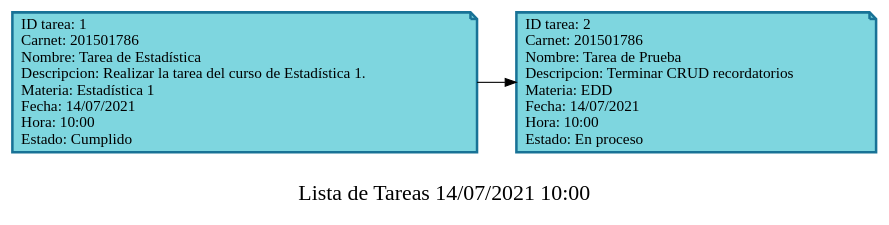
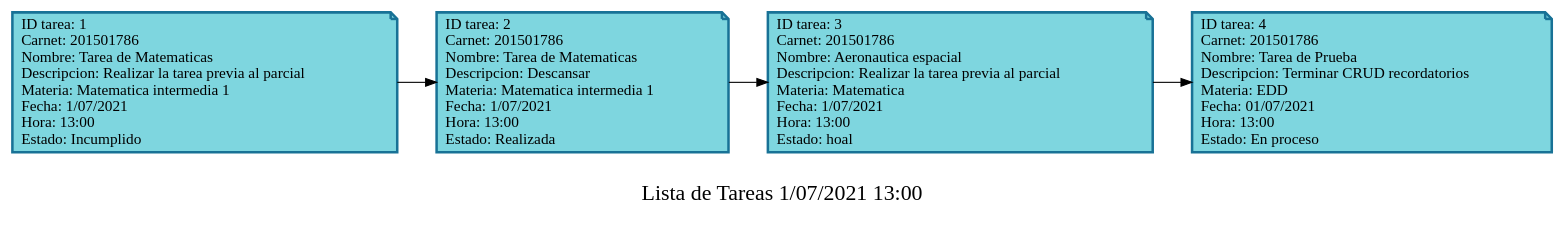
One commit to DanielDubonDR/EDD_SmartClass_201901772 changed the diagram in Fase_2/Archivos_dot/ListaTareas.dot. Above: the diagram before and after it, drawn with Graphviz. The commit also changed 1 other file, not shown here.

```diff
--- a/Fase_2/Archivos_dot/ListaTareas.dot
+++ b/Fase_2/Archivos_dot/ListaTareas.dot
@@ -1,10 +1,14 @@
 
         digraph List {
         rankdir=LR;
-        label="\nLista de Tareas 14/07/2021 10:00 " fontsize=20;
+        label="\nLista de Tareas 1/07/2021 13:00 " fontsize=20;
         node [shape = note, color="#187296", style=filled, fillcolor="#7ed6df" penwidth=2.3];
         
-		N1 [label="\ID tarea: 1 \lCarnet: 201501786 \lNombre: Tarea de Estadística \lDescripcion: Realizar la tarea del curso de Estadística 1. \lMateria: Estadística 1 \lFecha: 14/07/2021 \lHora: 10:00 \lEstado: Cumplido\l"];
-		N2 [label="\ID tarea: 2 \lCarnet: 201501786 \lNombre: Tarea de Prueba \lDescripcion: Terminar CRUD recordatorios \lMateria: EDD \lFecha: 14/07/2021 \lHora: 10:00 \lEstado: En proceso\l"];
+		N1 [label="\ID tarea: 1 \lCarnet: 201501786 \lNombre: Tarea de Matematicas \lDescripcion: Realizar la tarea previa al parcial \lMateria: Matematica intermedia 1 \lFecha: 1/07/2021 \lHora: 13:00 \lEstado: Incumplido\l"];
+		N2 [label="\ID tarea: 2 \lCarnet: 201501786 \lNombre: Tarea de Matematicas \lDescripcion: Descansar \lMateria: Matematica intermedia 1 \lFecha: 1/07/2021 \lHora: 13:00 \lEstado: Realizada\l"];
+		N3 [label="\ID tarea: 3 \lCarnet: 201501786 \lNombre: Aeronautica espacial \lDescripcion: Realizar la tarea previa al parcial \lMateria: Matematica \lFecha: 1/07/2021 \lHora: 13:00 \lEstado: hoal\l"];
+		N4 [label="\ID tarea: 4 \lCarnet: 201501786 \lNombre: Tarea de Prueba \lDescripcion: Terminar CRUD recordatorios \lMateria: EDD \lFecha: 01/07/2021 \lHora: 13:00 \lEstado: En proceso\l"];
 		N1 -> N2
+		N2 -> N3
+		N3 -> N4
 }
```
